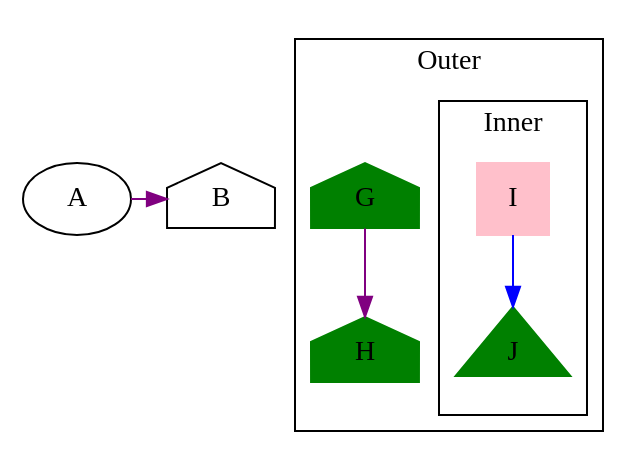
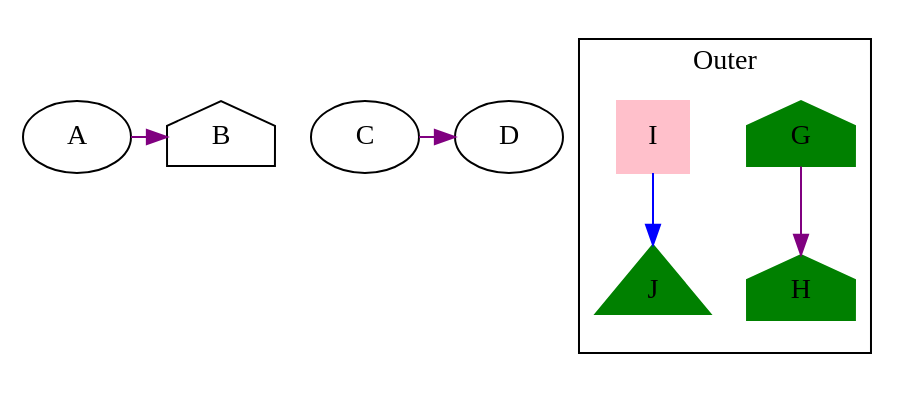
Before and after one commit to graphviz-perl/GraphViz2-Marpa: the diagram in data/55.gv, drawn with Graphviz. The commit also changed 100 other files, not shown here.

```diff
--- a/data/55.gv
+++ b/data/55.gv
@@ -1,34 +1,32 @@
-# Up to V 1.05, the output did not distinguish between
-# subgraph {} and plain old {}. V 1.06 does.
-
 strict digraph graph_55
 {
 	A [shape = oval]
 
 	node [shape = house]
 	edge [color = purple]
 
 	{
 		rank = same
 		B
 		node [shape = oval]
 		A -> B
+		{ C -> D }
 	}
 
 	node [color = green style = filled]
 
 	subgraph cluster_outer
 	{
 		G -> H
 		label = Outer
-		subgraph cluster_inner
+		subgraph
 		{
 			node [shape = triangle]
 			edge [color = blue]
 			I [color = pink shape = square]
 			I -> J
 			label = Inner
 		}
 	}
 	graph [rankdir = TB]
 }
```
